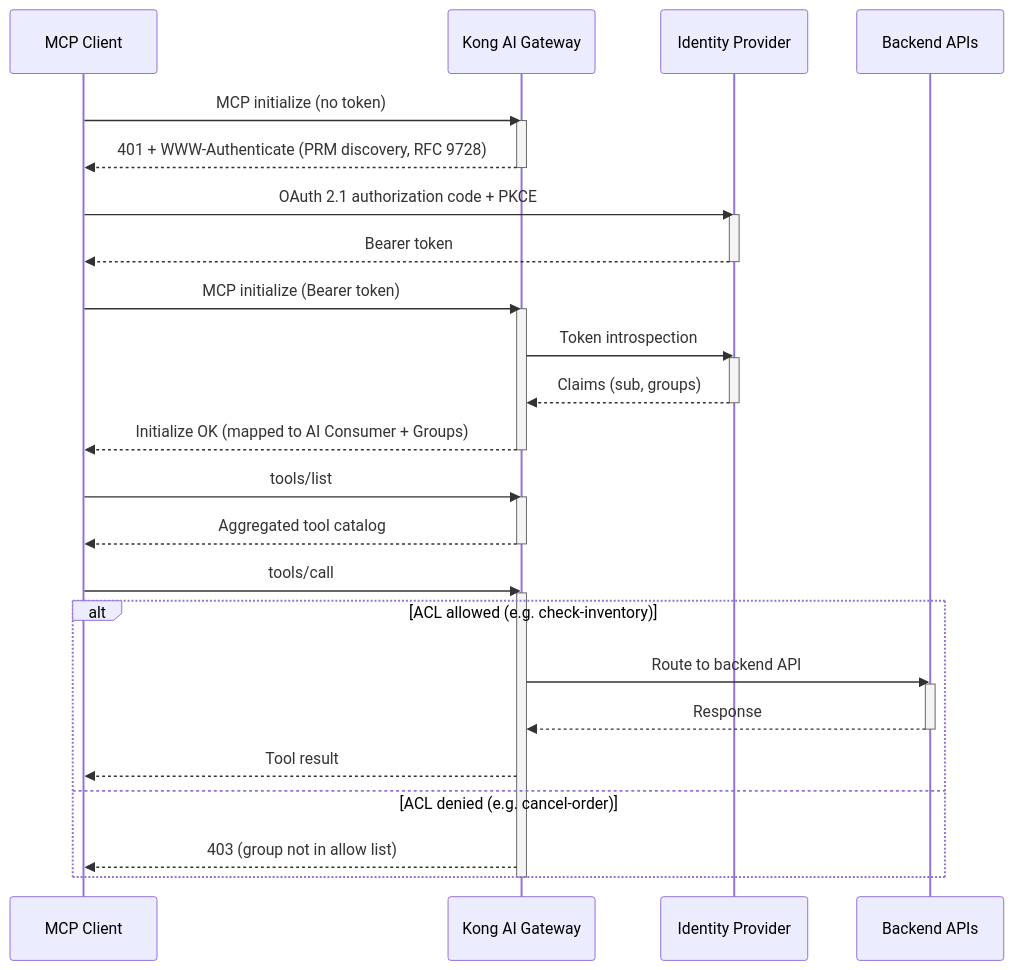
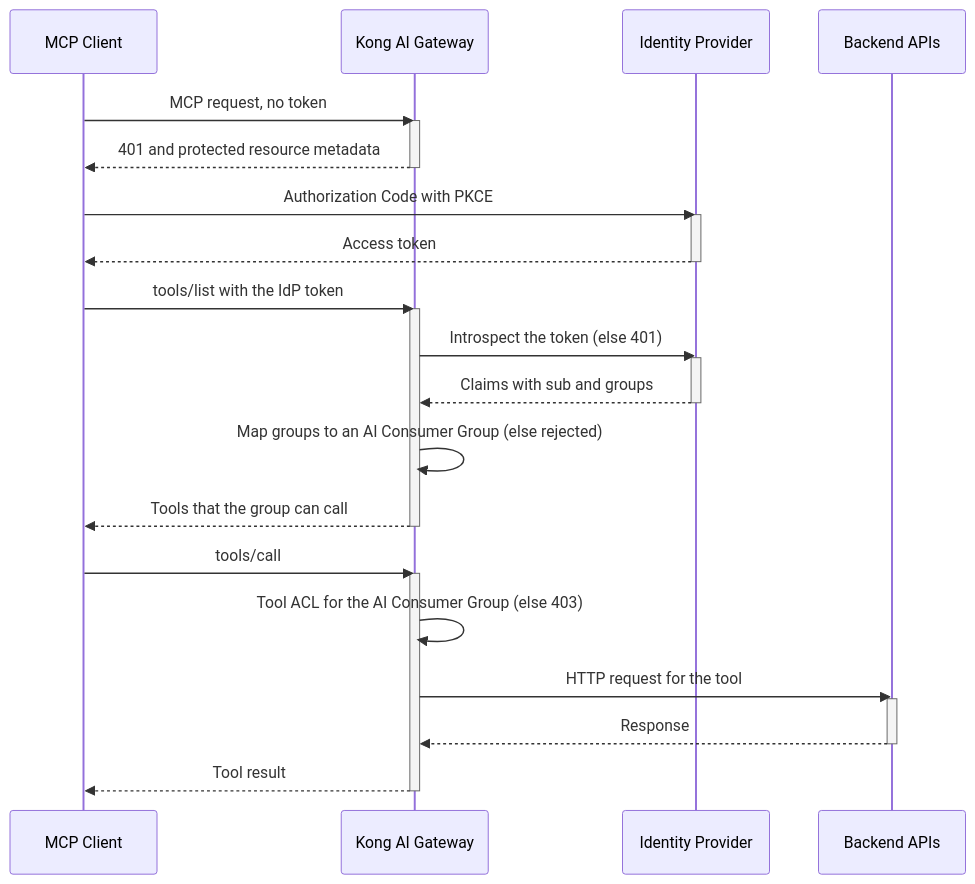
The diagram in app/_cookbooks/secure-internal-mcp-gateway.md (Kong/developer.konghq.com), drawn with Mermaid before and after one commit. The commit also changed other lines of this file and 22 other files, not shown here.

```diff
--- a/app/_cookbooks/secure-internal-mcp-gateway.md
+++ b/app/_cookbooks/secure-internal-mcp-gateway.md
@@ -276,44 +619,34 @@
 {% mermaid %}
 sequenceDiagram
     participant C as MCP Client
     participant K as Kong AI Gateway
-    participant IdP as Identity Provider
+    participant I as Identity Provider
     participant B as Backend APIs
 
-    C->>K: MCP initialize (no token)
+    C->>K: MCP request, no token
     activate K
-    K-->>C: 401 + WWW-Authenticate (PRM discovery, RFC 9728)
+    K-->>C: 401 and protected resource metadata
     deactivate K
-
-    C->>IdP: OAuth 2.1 authorization code + PKCE
-    activate IdP
-    IdP-->>C: Bearer token
-    deactivate IdP
-
-    C->>K: MCP initialize (Bearer token)
+    C->>I: Authorization Code with PKCE
+    activate I
+    I-->>C: Access token
+    deactivate I
+    C->>K: tools/list with the IdP token
     activate K
-    K->>IdP: Token introspection
-    activate IdP
-    IdP-->>K: Claims (sub, groups)
-    deactivate IdP
-    K-->>C: Initialize OK (mapped to AI Consumer + Groups)
+    K->>I: Introspect the token (else 401)
+    activate I
+    I-->>K: Claims with sub and groups
+    deactivate I
+    K->>K: Map groups to an AI Consumer Group (else rejected)
+    K-->>C: Tools that the group can call
     deactivate K
-
-    C->>K: tools/list
-    activate K
-    K-->>C: Aggregated tool catalog
-    deactivate K
-
     C->>K: tools/call
     activate K
-    alt ACL allowed (e.g. check-inventory)
-        K->>B: Route to backend API
-        activate B
-        B-->>K: Response
-        deactivate B
-        K-->>C: Tool result
-    else ACL denied (e.g. cancel-order)
-        K-->>C: 403 (group not in allow list)
-    end
+    K->>K: Tool ACL for the AI Consumer Group (else 403)
+    K->>B: HTTP request for the tool
+    activate B
+    B-->>K: Response
+    deactivate B
+    K-->>C: Tool result
     deactivate K
 {% endmermaid %}
```
